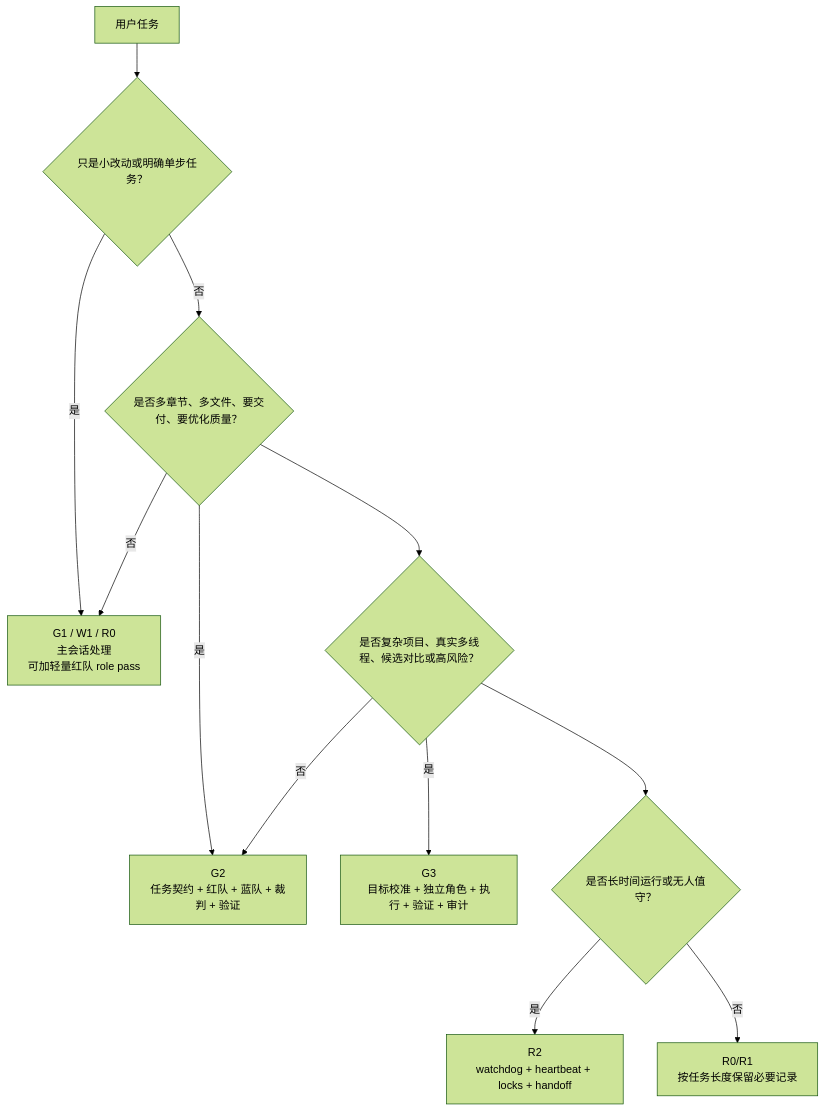
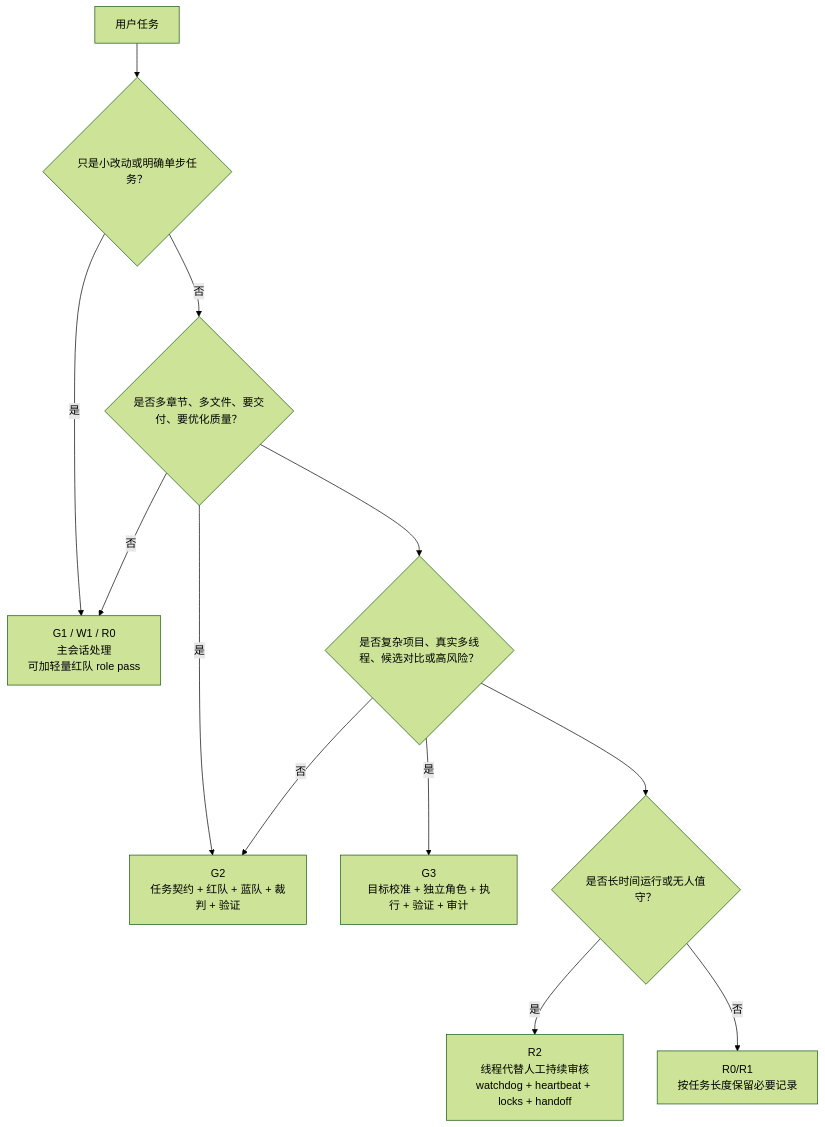
Before and after one commit to pigeon-flower/multi-thread-generative-governance-skill: the second of 10 diagrams in README.md, drawn with Mermaid (forest theme). The commit also changed other lines of this file, not shown here.

````diff
--- a/README.md
+++ b/README.md
@@ -61,14 +98,14 @@
 ```mermaid
 flowchart TD
     A["用户任务"] --> B{"只是小改动或明确单步任务？"}
     B -->|是| G1["G1 / W1 / R0<br/>主会话处理<br/>可加轻量红队 role pass"]
     B -->|否| C{"是否多章节、多文件、要交付、要优化质量？"}
     C -->|是| G2["G2<br/>任务契约 + 红队 + 蓝队 + 裁判 + 验证"]
     C -->|否| G1
     C --> D{"是否复杂项目、真实多线程、候选对比或高风险？"}
     D -->|是| G3["G3<br/>目标校准 + 独立角色 + 执行 + 验证 + 审计"]
     D -->|否| G2
     D --> E{"是否长时间运行或无人值守？"}
-    E -->|是| R2["R2<br/>watchdog + heartbeat + locks + handoff"]
+    E -->|是| R2["R2<br/>线程代替人工持续审核<br/>watchdog + heartbeat + locks + handoff"]
     E -->|否| R0["R0/R1<br/>按任务长度保留必要记录"]
 ```
````
